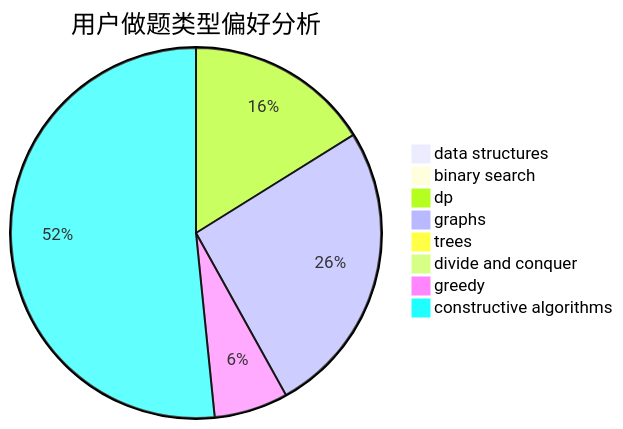
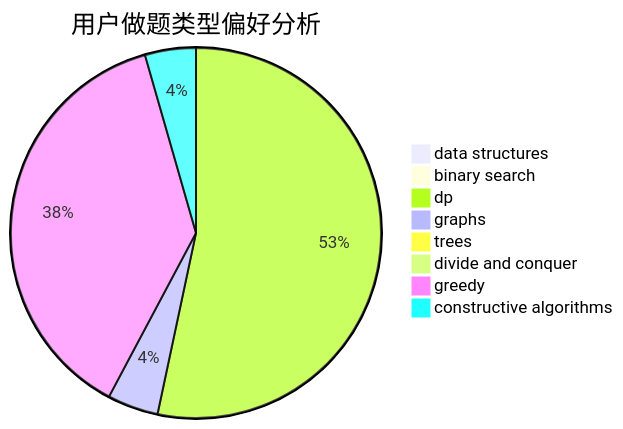
One commit to sherpahu/cfrs.github.io changed the second of 3 diagrams in docs/user/u423.md. Above: the diagram before and after it, drawn with Mermaid. The commit also changed other lines of this file and 2770 other files, not shown here.

````diff
--- a/docs/user/u423.md
+++ b/docs/user/u423.md
@@ -23,11 +23,11 @@
 ```mermaid
 pie title 用户做题类型偏好分析
     "data structures" :  0
     "binary search" :  0
-    "dp" :  5
-    "graphs" :  8
+    "dp" :  24
+    "graphs" :  2
     "trees" :  0
     "divide and conquer" :  0
-    "greedy" :  2
-    "constructive algorithms" :  16
+    "greedy" :  17
+    "constructive algorithms" :  2
 ```
````
